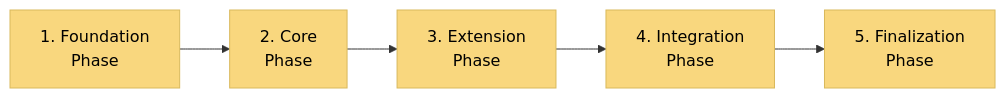
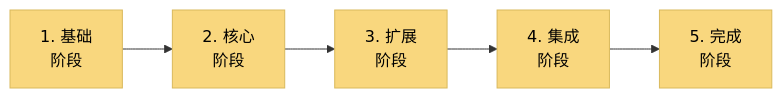
The second of 6 diagrams in .cursor/rules/isolation_rules/Level4/phased-implementation.mdc (goodends/cursor-memory-bank-Chinese-), drawn with Mermaid before and after one commit. The commit also changed other lines of this file, not shown here.

````diff
--- a/.cursor/rules/isolation_rules/Level4/phased-implementation.mdc
+++ b/.cursor/rules/isolation_rules/Level4/phased-implementation.mdc
@@ -80,11 +80,11 @@
 ```mermaid
 flowchart LR
     classDef phase fill:#f9d77e,stroke:#d9b95c,color:#000
     
-    P1[1. Foundation<br>Phase] --> P2[2. Core<br>Phase]
-    P2 --> P3[3. Extension<br>Phase]
-    P3 --> P4[4. Integration<br>Phase]
-    P4 --> P5[5. Finalization<br>Phase]
+    P1[1. 基础<br>阶段] --> P2[2. 核心<br>阶段]
+    P2 --> P3[3. 扩展<br>阶段]
+    P3 --> P4[4. 集成<br>阶段]
+    P4 --> P5[5. 完成<br>阶段]
     
     class P1,P2,P3,P4,P5 phase
 ```
````
